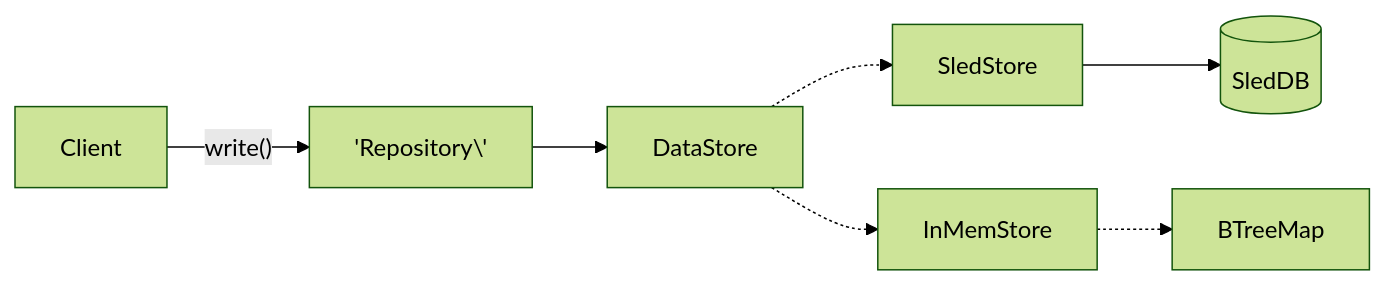
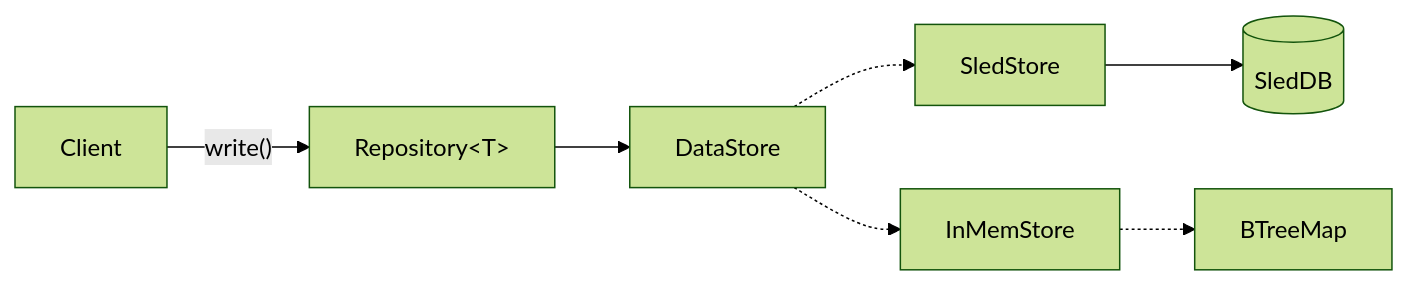
The third of 3 diagrams in packages/ciphernode/data/README.md (gnosisguild/enclave), drawn with Mermaid (forest theme) before and after one commit.

````diff
--- a/packages/ciphernode/data/README.md
+++ b/packages/ciphernode/data/README.md
@@ -63,11 +63,11 @@
 ```mermaid
 graph LR
-    R['Repository\<T\>']
+    R["Repository&lt;T&gt;"]
     DB[(SledDB)]
     Client --"write()"--> R
     R --> D[DataStore]
     D -.-> SledStore
     D -.-> InMemStore
     InMemStore -.-> BTreeMap
     SledStore --> DB
 ```
````
